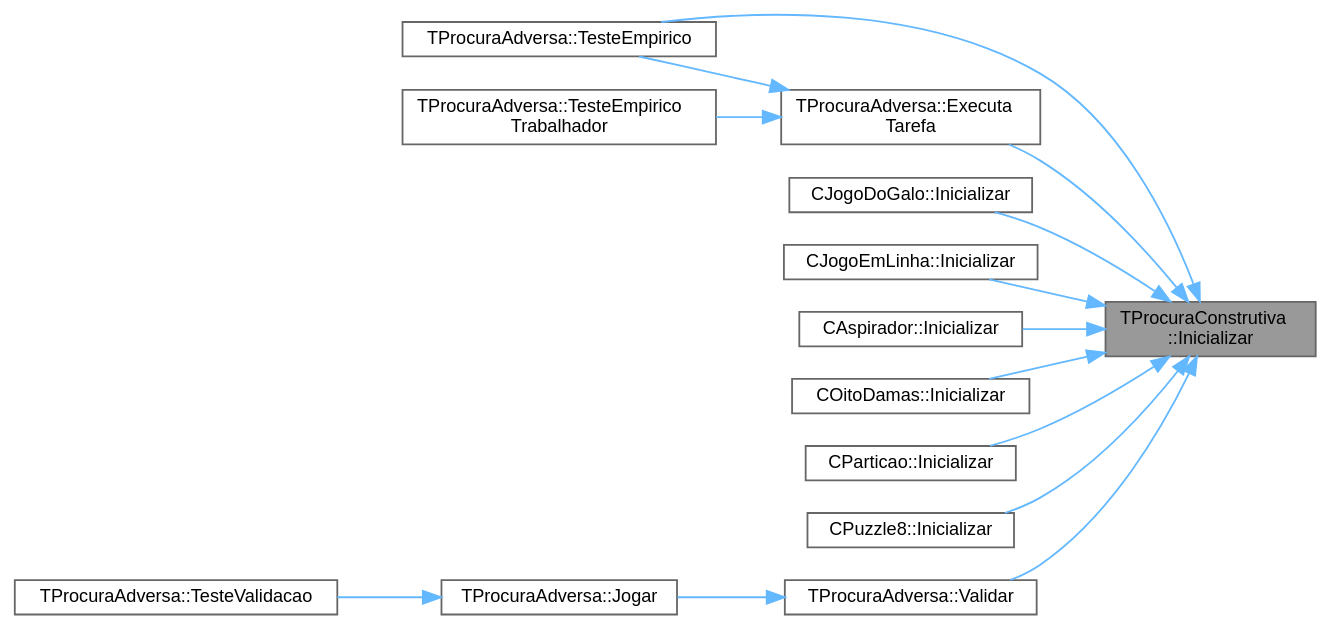
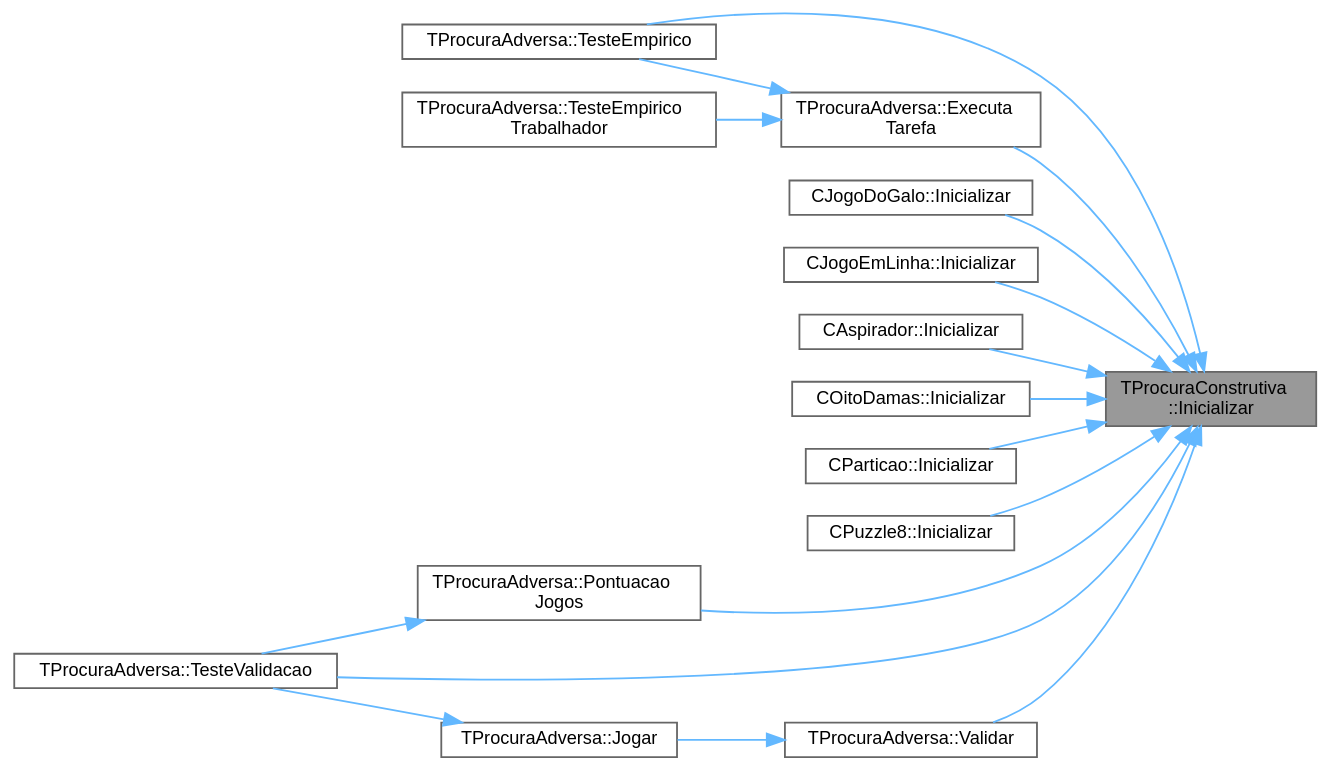
The diagram in group__RedefinicaoMandatoria_ga2eabd047192d429686aeadf549136d44_icgraph.dot (jcoelho72/TProcura), drawn with Graphviz before and after one commit. The commit also changed 80 other files, not shown here.

```diff
--- a/group__RedefinicaoMandatoria_ga2eabd047192d429686aeadf549136d44_icgraph.dot
+++ b/group__RedefinicaoMandatoria_ga2eabd047192d429686aeadf549136d44_icgraph.dot
@@ -1,34 +1,38 @@
 digraph "TProcuraConstrutiva::Inicializar"
 {
  // LATEX_PDF_SIZE
   bgcolor="transparent";
   edge [fontname=Helvetica,fontsize=10,labelfontname=Helvetica,labelfontsize=10];
   node [fontname=Helvetica,fontsize=10,shape=box,height=0.2,width=0.4];
   rankdir="RL";
   Node1 [id="Node000001",label="TProcuraConstrutiva\l::Inicializar",height=0.2,width=0.4,color="gray40", fillcolor="grey60", style="filled", fontcolor="black",tooltip="Coloca o objecto no estado inicial da procura."];
   Node1 -> Node2 [id="edge1_Node000001_Node000002",dir="back",color="steelblue1",style="solid",tooltip=" "];
   Node2 [id="Node000002",label="TProcuraAdversa::Executa\lTarefa",height=0.2,width=0.4,color="grey40", fillcolor="white", style="filled",URL="$classTProcuraAdversa.html#aad206751268402eef355dd89415d1865",tooltip="Executa uma tarefa num teste empírico."];
   Node2 -> Node3 [id="edge2_Node000002_Node000003",dir="back",color="steelblue1",style="solid",tooltip=" "];
   Node3 [id="Node000003",label="TProcuraAdversa::TesteEmpirico",height=0.2,width=0.4,color="grey40", fillcolor="white", style="filled",URL="$classTProcuraAdversa.html#a80cd0f481e853ad9ef5625c6ff4dcc66",tooltip="Executa testes empíricos, em todas as configurações guardadas, nas instâncias selecionadas."];
   Node2 -> Node4 [id="edge3_Node000002_Node000004",dir="back",color="steelblue1",style="solid",tooltip=" "];
   Node4 [id="Node000004",label="TProcuraAdversa::TesteEmpirico\lTrabalhador",height=0.2,width=0.4,color="grey40", fillcolor="white", style="filled",URL="$classTProcuraAdversa.html#a46ecfb296c4c5b12397871f1d3a7f7b8",tooltip="Teste empírico com modo mestre-escravo (este é o escravo)"];
   Node1 -> Node5 [id="edge4_Node000001_Node000005",dir="back",color="steelblue1",style="solid",tooltip=" "];
   Node5 [id="Node000005",label="CJogoDoGalo::Inicializar",height=0.2,width=0.4,color="grey40", fillcolor="white", style="filled",URL="$classCJogoDoGalo.html#a7e865ab71c12b6fa618c83448283fda5",tooltip="Coloca o objecto no estado inicial da procura."];
   Node1 -> Node6 [id="edge5_Node000001_Node000006",dir="back",color="steelblue1",style="solid",tooltip=" "];
   Node6 [id="Node000006",label="CJogoEmLinha::Inicializar",height=0.2,width=0.4,color="grey40", fillcolor="white", style="filled",URL="$classCJogoEmLinha.html#acc2b5079f36c1853c0f16283a70b1450",tooltip="Coloca o objecto no estado inicial da procura."];
   Node1 -> Node7 [id="edge6_Node000001_Node000007",dir="back",color="steelblue1",style="solid",tooltip=" "];
   Node7 [id="Node000007",label="CAspirador::Inicializar",height=0.2,width=0.4,color="grey40", fillcolor="white", style="filled",URL="$classCAspirador.html#af6547f44fce58ab6cac2387ea6e5a7a4",tooltip="Coloca o objecto no estado inicial da procura."];
   Node1 -> Node8 [id="edge7_Node000001_Node000008",dir="back",color="steelblue1",style="solid",tooltip=" "];
   Node8 [id="Node000008",label="COitoDamas::Inicializar",height=0.2,width=0.4,color="grey40", fillcolor="white", style="filled",URL="$classCOitoDamas.html#a48d0b8900af154394ad59db6d0d94214",tooltip="Coloca o objecto no estado inicial da procura."];
   Node1 -> Node9 [id="edge8_Node000001_Node000009",dir="back",color="steelblue1",style="solid",tooltip=" "];
   Node9 [id="Node000009",label="CParticao::Inicializar",height=0.2,width=0.4,color="grey40", fillcolor="white", style="filled",URL="$classCParticao.html#a9398d7eb5af933dd64c50bb09bba6400",tooltip="Coloca o objecto no estado inicial da procura."];
   Node1 -> Node10 [id="edge9_Node000001_Node000010",dir="back",color="steelblue1",style="solid",tooltip=" "];
   Node10 [id="Node000010",label="CPuzzle8::Inicializar",height=0.2,width=0.4,color="grey40", fillcolor="white", style="filled",URL="$classCPuzzle8.html#ab69d1a9a91d91b918ef43b102f78e5ed",tooltip="Coloca o objecto no estado inicial da procura."];
-  Node1 -> Node3 [id="edge10_Node000001_Node000003",dir="back",color="steelblue1",style="solid",tooltip=" "];
-  Node1 -> Node11 [id="edge11_Node000001_Node000011",dir="back",color="steelblue1",style="solid",tooltip=" "];
-  Node11 [id="Node000011",label="TProcuraAdversa::Validar",height=0.2,width=0.4,color="grey40", fillcolor="white", style="filled",URL="$classTProcuraAdversa.html#a2f48e17339a95516058c54ffcada7fb0",tooltip="Verifica a validade de uma solução para a instância atual."];
-  Node11 -> Node12 [id="edge12_Node000011_Node000012",dir="back",color="steelblue1",style="solid",tooltip=" "];
-  Node12 [id="Node000012",label="TProcuraAdversa::Jogar",height=0.2,width=0.4,color="grey40", fillcolor="white", style="filled",URL="$classTProcuraAdversa.html#acddde96eeb7950c83032b5c4d16560e8",tooltip=" "];
-  Node12 -> Node13 [id="edge13_Node000012_Node000013",dir="back",color="steelblue1",style="solid",tooltip=" "];
-  Node13 [id="Node000013",label="TProcuraAdversa::TesteValidacao",height=0.2,width=0.4,color="grey40", fillcolor="white", style="filled",URL="$classTProcuraAdversa.html#a3ed3f97aa1c4881d7e4275b86317fd58",tooltip="Executa testes de validação, executando cada solução na instância respetiva, e verificando a sua vali..."];
+  Node1 -> Node11 [id="edge10_Node000001_Node000011",dir="back",color="steelblue1",style="solid",tooltip=" "];
+  Node11 [id="Node000011",label="TProcuraAdversa::Pontuacao\lJogos",height=0.2,width=0.4,color="grey40", fillcolor="white", style="filled",URL="$classTProcuraAdversa.html#a13a9c894823df5ffd2f43a7961d2190c",tooltip=" "];
+  Node11 -> Node12 [id="edge11_Node000011_Node000012",dir="back",color="steelblue1",style="solid",tooltip=" "];
+  Node12 [id="Node000012",label="TProcuraAdversa::TesteValidacao",height=0.2,width=0.4,color="grey40", fillcolor="white", style="filled",URL="$classTProcuraAdversa.html#a3ed3f97aa1c4881d7e4275b86317fd58",tooltip="Executa testes de validação, executando cada solução na instância respetiva, e verificando a sua vali..."];
+  Node1 -> Node3 [id="edge12_Node000001_Node000003",dir="back",color="steelblue1",style="solid",tooltip=" "];
+  Node1 -> Node12 [id="edge13_Node000001_Node000012",dir="back",color="steelblue1",style="solid",tooltip=" "];
+  Node1 -> Node13 [id="edge14_Node000001_Node000013",dir="back",color="steelblue1",style="solid",tooltip=" "];
+  Node13 [id="Node000013",label="TProcuraAdversa::Validar",height=0.2,width=0.4,color="grey40", fillcolor="white", style="filled",URL="$classTProcuraAdversa.html#a2f48e17339a95516058c54ffcada7fb0",tooltip="Verifica a validade de uma solução para a instância atual."];
+  Node13 -> Node14 [id="edge15_Node000013_Node000014",dir="back",color="steelblue1",style="solid",tooltip=" "];
+  Node14 [id="Node000014",label="TProcuraAdversa::Jogar",height=0.2,width=0.4,color="grey40", fillcolor="white", style="filled",URL="$classTProcuraAdversa.html#acddde96eeb7950c83032b5c4d16560e8",tooltip=" "];
+  Node14 -> Node12 [id="edge16_Node000014_Node000012",dir="back",color="steelblue1",style="solid",tooltip=" "];
 }
```
